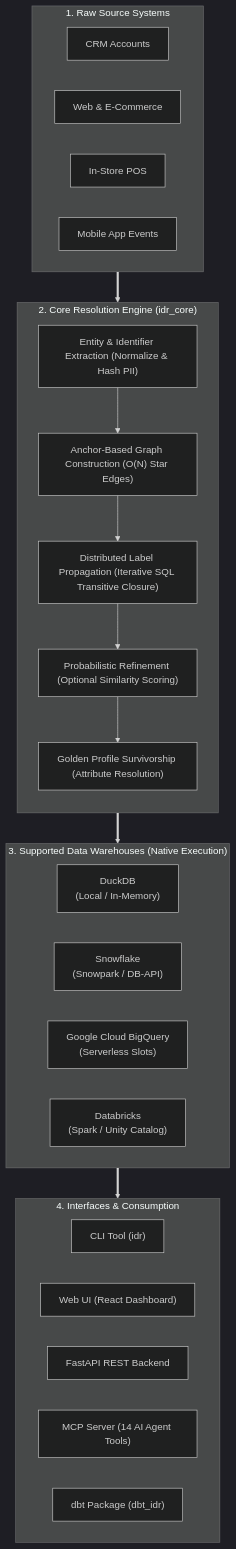
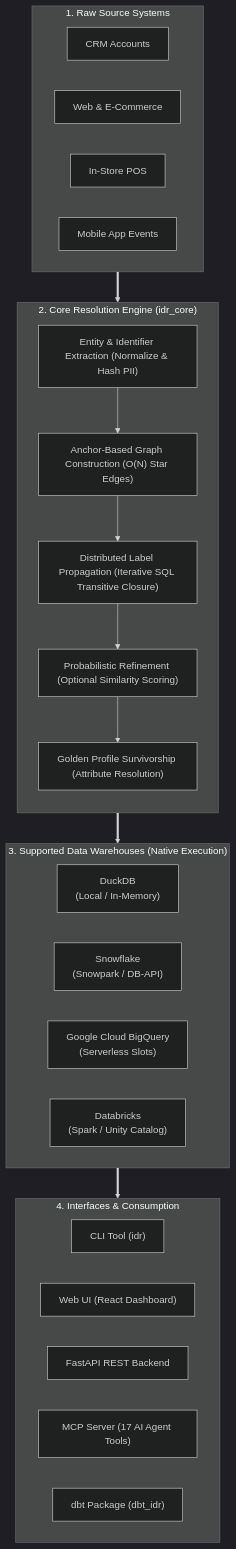
Before and after one commit to anilkulkarni87/sql-identity-oss: the diagram in docs/01-overview.md, drawn with Mermaid (dark theme). The commit also changed 3 other files, not shown here.

Commit message:
docs: overhaul GitHub Pages visual design, Databricks guide, and Mermaid styling

````diff
--- a/docs/01-overview.md
+++ b/docs/01-overview.md
@@ -9,41 +9,41 @@
 ```mermaid
 flowchart TD
     subgraph Sources["1. Raw Source Systems"]
         direction LR
         CRM["CRM Accounts"]
         Web["Web & E-Commerce"]
         POS["In-Store POS"]
         App["Mobile App Events"]
     end
 
     subgraph CoreEngine["2. Core Resolution Engine (idr_core)"]
         direction TB
         Extract["Entity & Identifier Extraction (Normalize & Hash PII)"]
         Edges["Anchor-Based Graph Construction (O(N) Star Edges)"]
         LP["Distributed Label Propagation (Iterative SQL Transitive Closure)"]
         Fuzzy["Probabilistic Refinement (Optional Similarity Scoring)"]
         Profile["Golden Profile Survivorship (Attribute Resolution)"]
         Extract --> Edges --> LP --> Fuzzy --> Profile
     end
 
     subgraph DataWarehouse["3. Supported Data Warehouses (Native Execution)"]
         direction LR
         DuckDB["DuckDB<br/>(Local / In-Memory)"]
         Snowflake["Snowflake<br/>(Snowpark / DB-API)"]
         BigQuery["Google Cloud BigQuery<br/>(Serverless Slots)"]
         Databricks["Databricks<br/>(Spark / Unity Catalog)"]
     end
 
     subgraph Interfaces["4. Interfaces & Consumption"]
         direction LR
         CLI["CLI Tool (idr)"]
         UI["Web UI (React Dashboard)"]
         API["FastAPI REST Backend"]
-        MCP["MCP Server (14 AI Agent Tools)"]
+        MCP["MCP Server (17 AI Agent Tools)"]
         DBT["dbt Package (dbt_idr)"]
     end
 
     Sources ==> CoreEngine
     CoreEngine ==> DataWarehouse
     DataWarehouse ==> Interfaces
 ```
````
